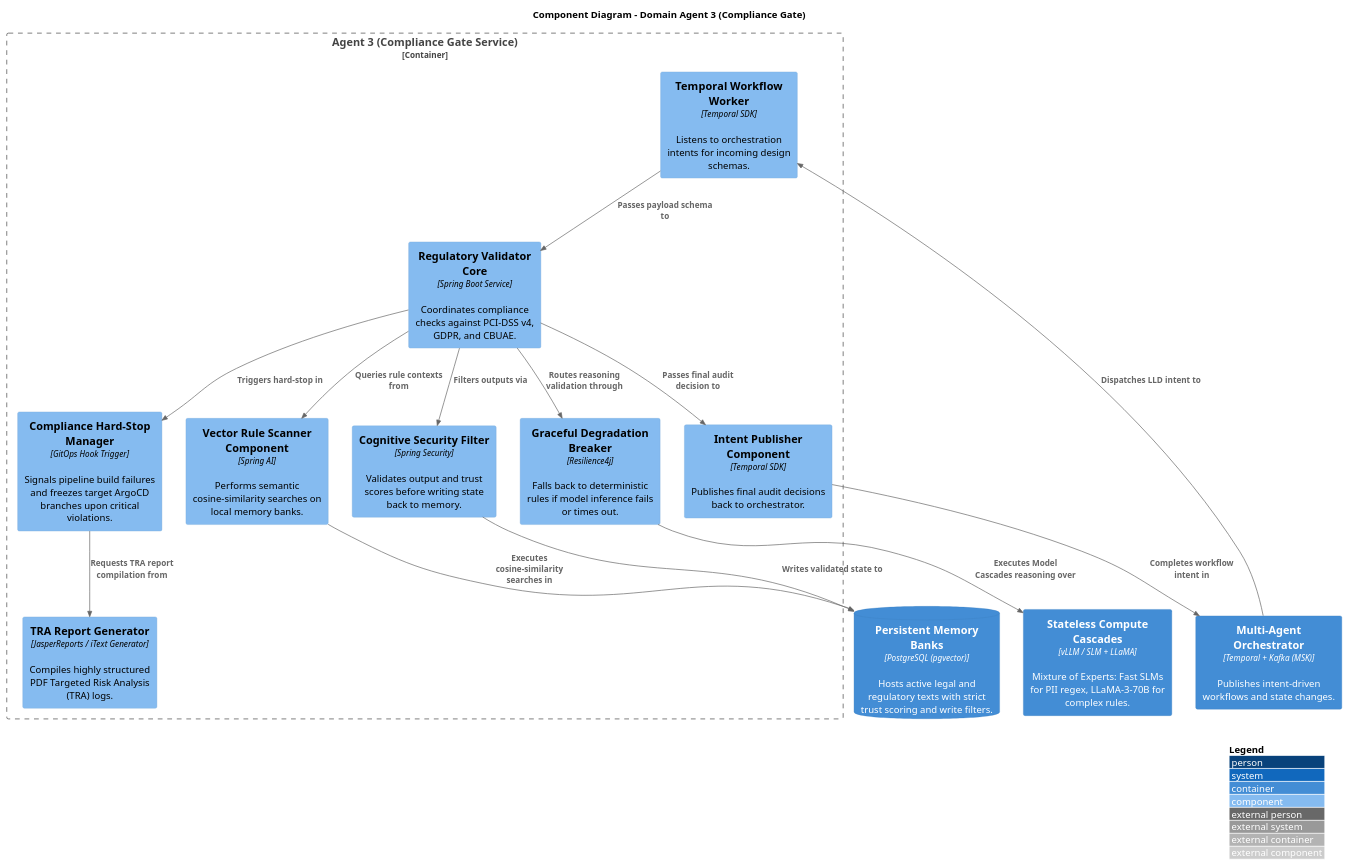
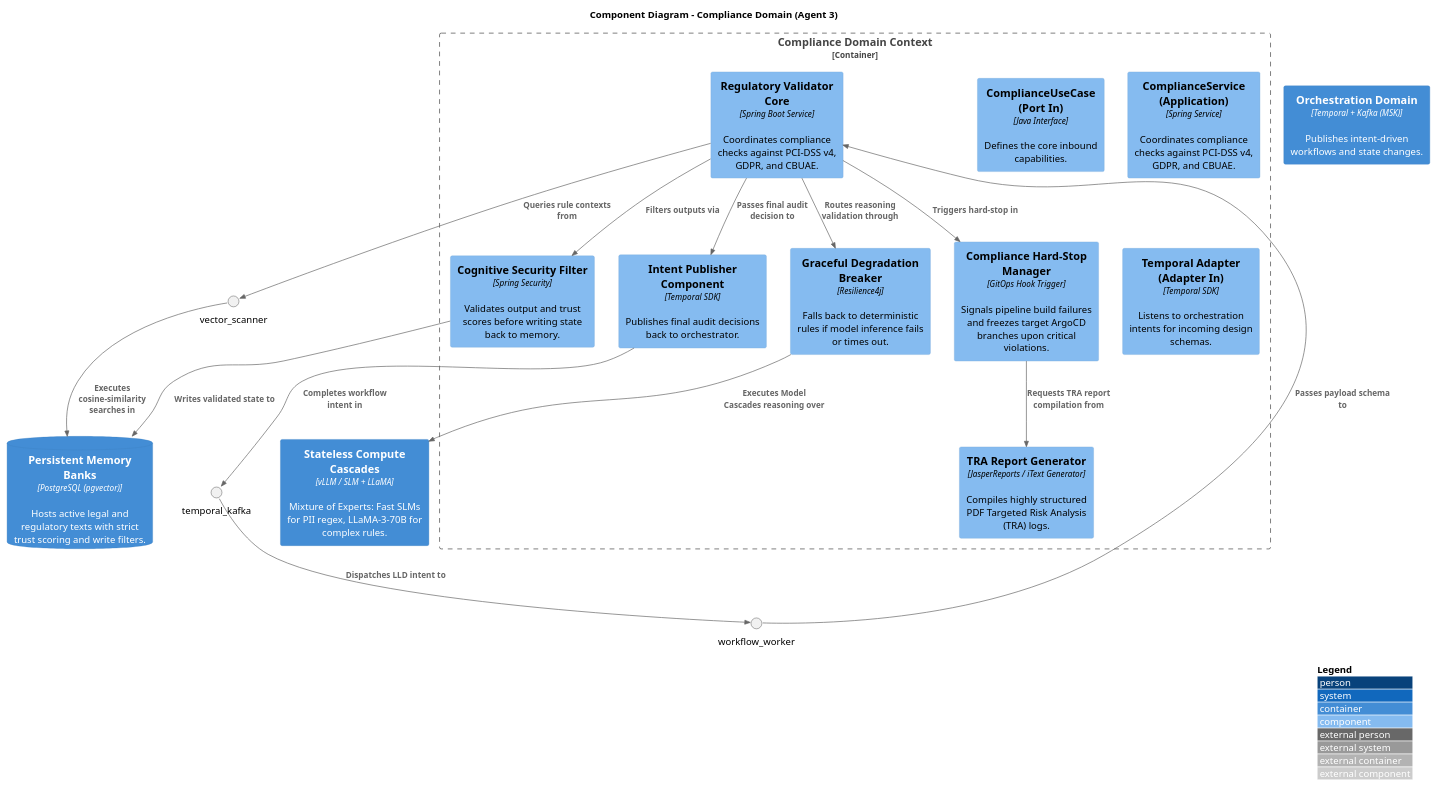
Before and after one commit to COPUR/X_Bank-Agentive-Architecture-Framework: the diagram in x_bank-core/c4_component_v2.puml, drawn with PlantUML. The commit also changed 123 other files, not shown here.

First line of the commit message:
feat: Implement Ralph & Managed Harness Architectures

```diff
--- a/x_bank-core/c4_component_v2.puml
+++ b/x_bank-core/c4_component_v2.puml
@@ -1,35 +1,36 @@
 @startuml c4_component
 !include https://raw.githubusercontent.com/plantuml-stdlib/C4-PlantUML/master/C4_Component.puml
 
 LAYOUT_WITH_LEGEND()
 
-title Component Diagram - Domain Agent 3 (Compliance Gate)
+title Component Diagram - Compliance Domain (Agent 3)
 
-Container(temporal_kafka, "Multi-Agent Orchestrator", "Temporal + Kafka (MSK)", "Publishes intent-driven workflows and state changes.")
+Container(orchestration_domain, "Orchestration Domain", "Temporal + Kafka (MSK)", "Publishes intent-driven workflows and state changes.")
 Container(model_cascades, "Stateless Compute Cascades", "vLLM / SLM + LLaMA", "Mixture of Experts: Fast SLMs for PII regex, LLaMA-3-70B for complex rules.")
 ContainerDb(memory_banks, "Persistent Memory Banks", "PostgreSQL (pgvector)", "Hosts active legal and regulatory texts with strict trust scoring and write filters.")
 
-Container_Boundary(agent3_boundary, "Agent 3 (Compliance Gate Service)") {
-    Component(workflow_worker, "Temporal Workflow Worker", "Temporal SDK", "Listens to orchestration intents for incoming design schemas.")
-    Component(vector_scanner, "Vector Rule Scanner Component", "Spring AI", "Performs semantic cosine-similarity searches on local memory banks.")
+Container_Boundary(compliance_domain, "Compliance Domain Context") {
+    Component(compliance_use_case, "ComplianceUseCase (Port In)", "Java Interface", "Defines the core inbound capabilities.")
+    Component(compliance_service, "ComplianceService (Application)", "Spring Service", "Coordinates compliance checks against PCI-DSS v4, GDPR, and CBUAE.")
+    Component(workflow_adapter, "Temporal Adapter (Adapter In)", "Temporal SDK", "Listens to orchestration intents for incoming design schemas.")
     Component(validator, "Regulatory Validator Core", "Spring Boot Service", "Coordinates compliance checks against PCI-DSS v4, GDPR, and CBUAE.")
     Component(circuit_breaker, "Graceful Degradation Breaker", "Resilience4j", "Falls back to deterministic rules if model inference fails or times out.")
     Component(security_filter, "Cognitive Security Filter", "Spring Security", "Validates output and trust scores before writing state back to memory.")
     Component(hardstop_mgr, "Compliance Hard-Stop Manager", "GitOps Hook Trigger", "Signals pipeline build failures and freezes target ArgoCD branches upon critical violations.")
     Component(tra_generator, "TRA Report Generator", "JasperReports / iText Generator", "Compiles highly structured PDF Targeted Risk Analysis (TRA) logs.")
     Component(intent_publisher, "Intent Publisher Component", "Temporal SDK", "Publishes final audit decisions back to orchestrator.")
 }
 
 Rel(temporal_kafka, workflow_worker, "Dispatches LLD intent to")
 Rel(workflow_worker, validator, "Passes payload schema to")
 Rel(validator, vector_scanner, "Queries rule contexts from")
 Rel(vector_scanner, memory_banks, "Executes cosine-similarity searches in")
 Rel(validator, circuit_breaker, "Routes reasoning validation through")
 Rel(circuit_breaker, model_cascades, "Executes Model Cascades reasoning over")
 Rel(validator, security_filter, "Filters outputs via")
 Rel(security_filter, memory_banks, "Writes validated state to")
 Rel(validator, hardstop_mgr, "Triggers hard-stop in")
 Rel(hardstop_mgr, tra_generator, "Requests TRA report compilation from")
 Rel(validator, intent_publisher, "Passes final audit decision to")
 Rel(intent_publisher, temporal_kafka, "Completes workflow intent in")
 @enduml
```
